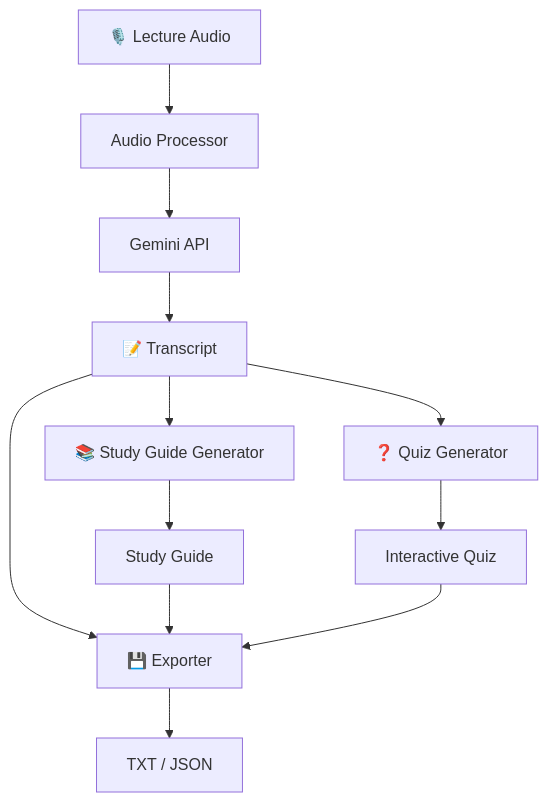
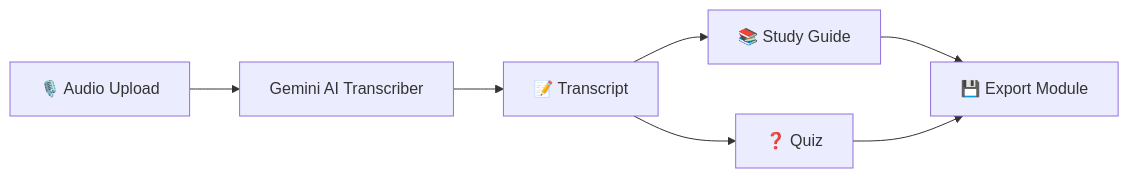
The diagram in README.md (Anushiv7/LecAud), drawn with Mermaid before and after one commit. The commit also changed other lines of this file and 26 other files, not shown here.

````diff
--- a/README.md
+++ b/README.md
@@ -131,19 +17,8 @@
 ```mermaid
-graph TD
-    A[🎙️ Lecture Audio] --> B[Audio Processor]
-    B --> C[Gemini API]
-
-    C --> D[📝 Transcript]
-
-    D --> E[📚 Study Guide Generator]
-    D --> F[❓ Quiz Generator]
-
-    E --> G[Study Guide]
-    F --> H[Interactive Quiz]
-
-    D --> I[💾 Exporter]
-    G --> I
-    H --> I
-
-    I --> J[TXT / JSON]
+flowchart LR
+    A[🎙️ Audio Upload] --> B[Gemini AI Transcriber]
+    B --> C[📝 Transcript]
+    C --> D[📚 Study Guide]
+    C --> E[❓ Quiz]
+    D & E --> F[💾 Export Module]
 ```
````
